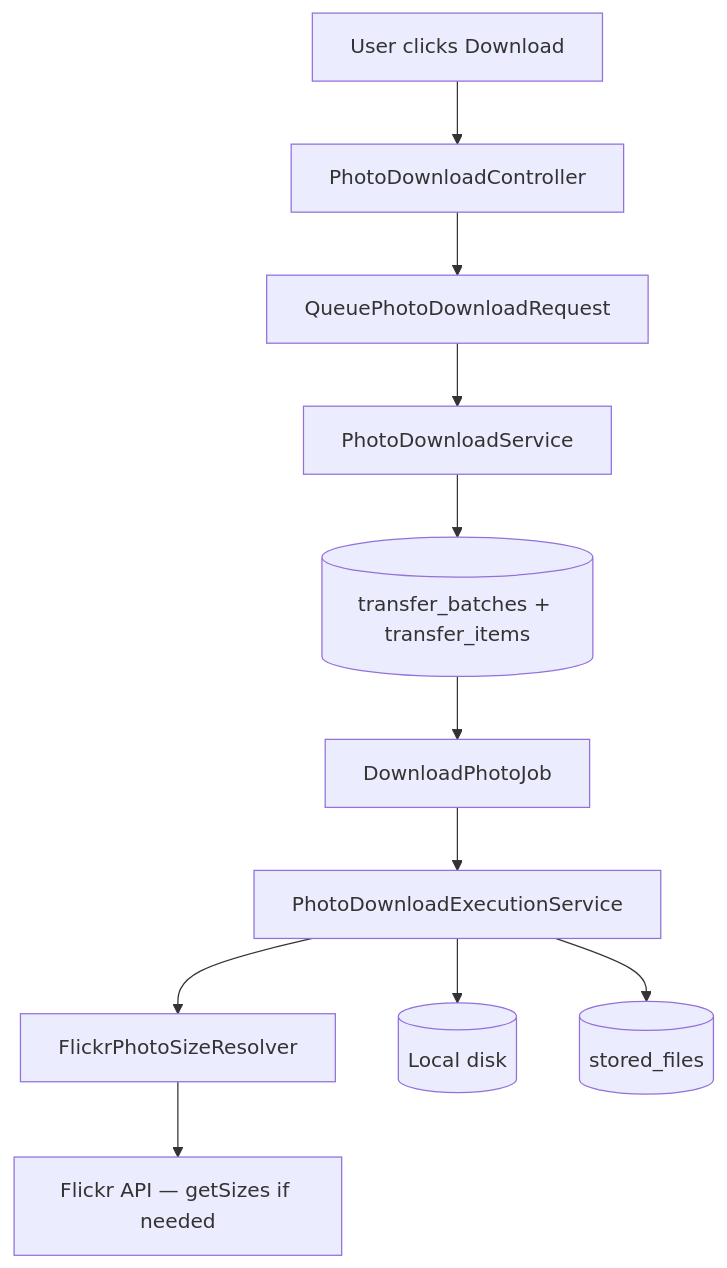
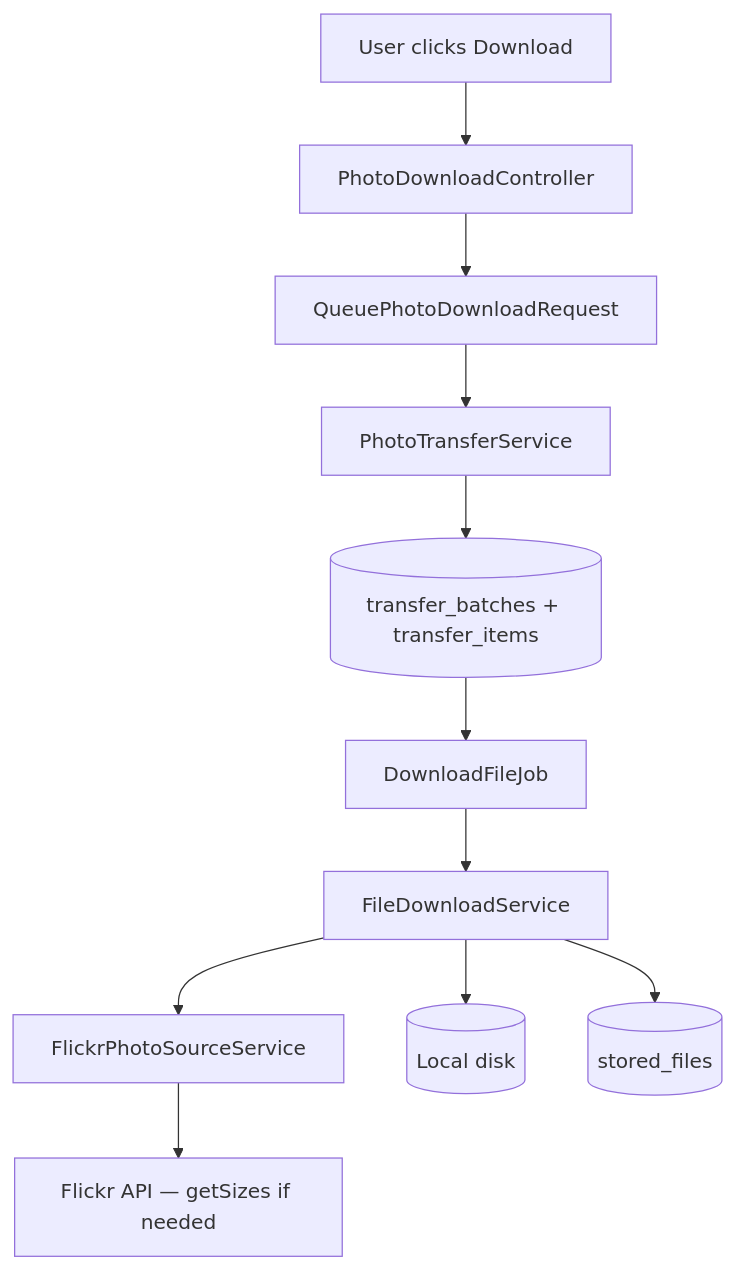
Before and after one commit to jooservices/XFlickr: the sixth of 13 diagrams in docs/00-architecture/architecture-diagrams.md, drawn with Mermaid. The commit also changed other lines of this file and 11 other files, not shown here.

````diff
--- a/docs/00-architecture/architecture-diagrams.md
+++ b/docs/00-architecture/architecture-diagrams.md
@@ -198,19 +198,19 @@
 ```mermaid
 flowchart TB
   User[User clicks Download]
   Ctrl[PhotoDownloadController]
   Req[QueuePhotoDownloadRequest]
-  Svc[PhotoDownloadService]
+  Svc[PhotoTransferService]
   Batch[(transfer_batches + transfer_items)]
-  Job[DownloadPhotoJob]
-  Exec[PhotoDownloadExecutionService]
-  Resolver[FlickrPhotoSizeResolver]
+  Job[DownloadFileJob]
+  Exec[FileDownloadService]
+  Resolver[FlickrPhotoSourceService]
   Flickr[Flickr API — getSizes if needed]
   Disk[(Local disk)]
   SF[(stored_files)]
 
   User --> Ctrl --> Req --> Svc --> Batch --> Job --> Exec
   Exec --> Resolver --> Flickr
   Exec --> Disk
   Exec --> SF
 ```
````
